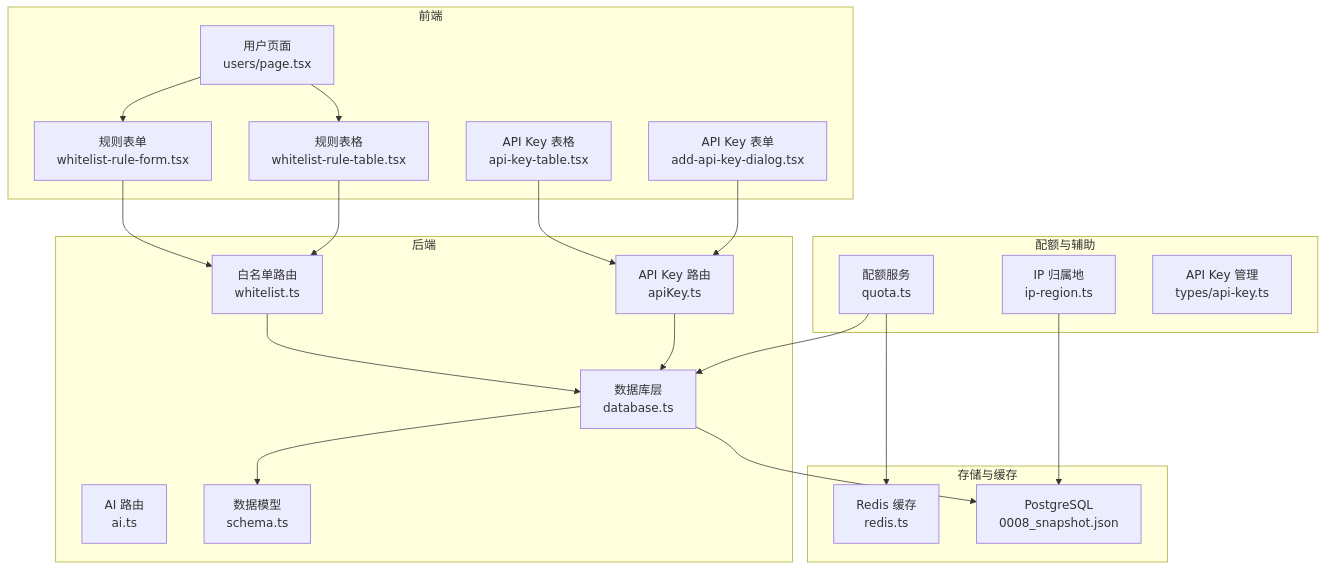
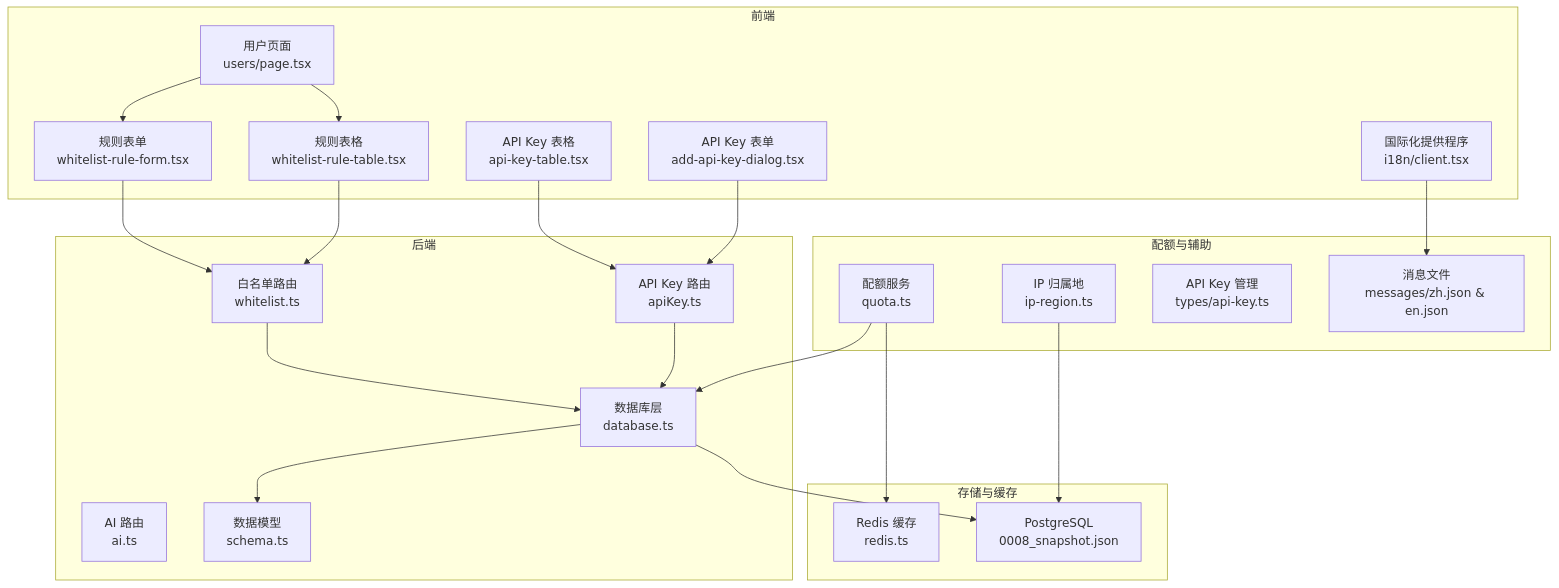
Before and after one commit to RadiumAg/AIGate: the first of 10 diagrams in .qoder/repowiki/zh/content/白名单管理系统.md, drawn with Mermaid. The commit also changed other lines of this file and 4 other files, not shown here.

````diff
--- a/.qoder/repowiki/zh/content/白名单管理系统.md
+++ b/.qoder/repowiki/zh/content/白名单管理系统.md
@@ -57,39 +65,42 @@
 ```mermaid
 graph TB
 subgraph "前端"
 Form["规则表单<br/>whitelist-rule-form.tsx"]
 Table["规则表格<br/>whitelist-rule-table.tsx"]
 Page["用户页面<br/>users/page.tsx"]
 ApiKeyTable["API Key 表格<br/>api-key-table.tsx"]
 ApiKeyForm["API Key 表单<br/>add-api-key-dialog.tsx"]
+I18n["国际化提供程序<br/>i18n/client.tsx"]
 end
 subgraph "后端"
 WhitelistRouter["白名单路由<br/>whitelist.ts"]
 ApiKeyRouter["API Key 路由<br/>apiKey.ts"]
 AIRouter["AI 路由<br/>ai.ts"]
 DB["数据库层<br/>database.ts"]
 Schema["数据模型<br/>schema.ts"]
 end
 subgraph "存储与缓存"
 Redis["Redis 缓存<br/>redis.ts"]
 PG["PostgreSQL<br/>0008_snapshot.json"]
 end
 subgraph "配额与辅助"
 Quota["配额服务<br/>quota.ts"]
 IP["IP 归属地<br/>ip-region.ts"]
 APIKey["API Key 管理<br/>types/api-key.ts"]
+Messages["消息文件<br/>messages/zh.json & en.json"]
 end
 Page --> Form
 Page --> Table
 Form --> WhitelistRouter
 Table --> WhitelistRouter
 ApiKeyTable --> ApiKeyRouter
 ApiKeyForm --> ApiKeyRouter
 WhitelistRouter --> DB
 ApiKeyRouter --> DB
 DB --> Schema
 DB --> PG
 Quota --> Redis
 Quota --> DB
 IP --> PG
+I18n --> Messages
 ```
````
